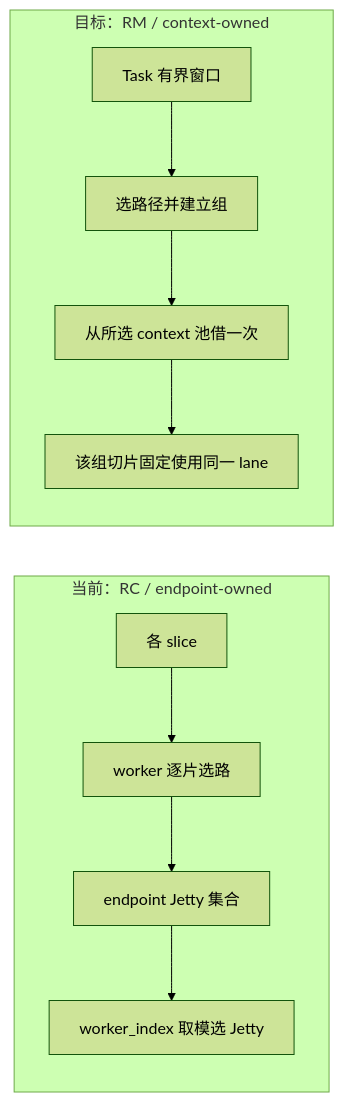
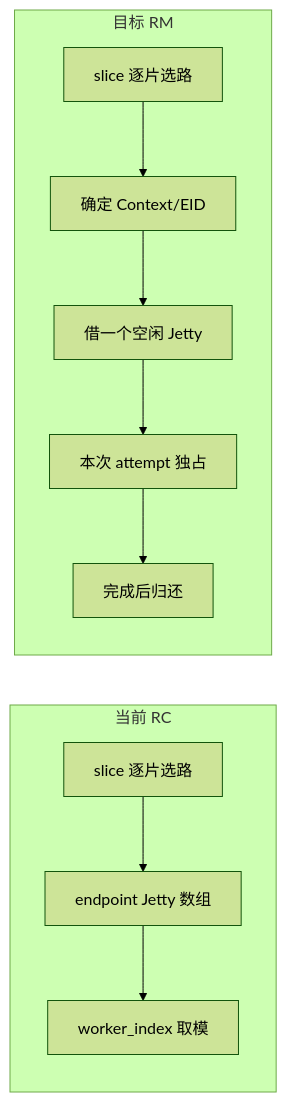
The second of 8 diagrams in docs/analyze/tent-ub-rm-jetty-pool-design.md (HangCong126/Supercache), drawn with Mermaid (forest theme) before and after one commit. The commit also changed other lines of this file, not shown here.

Commit message:
revise TENT RM jetty design for exclusive slice leases

````diff
--- a/docs/analyze/tent-ub-rm-jetty-pool-design.md
+++ b/docs/analyze/tent-ub-rm-jetty-pool-design.md
@@ -73,13 +71,13 @@
 ```mermaid
 flowchart LR
-    subgraph Before["当前：RC / endpoint-owned"]
-        S["各 slice"] --> W["worker 逐片选路"]
-        W --> E["endpoint Jetty 集合"]
-        E --> J["worker_index 取模选 Jetty"]
+    subgraph Current["当前 RC"]
+        S["slice 逐片选路"] --> E["endpoint Jetty 数组"]
+        E --> J["worker_index 取模"]
     end
-    subgraph After["目标：RM / context-owned"]
-        T["Task 有界窗口"] --> R["选路径并建立组"]
-        R --> P["从所选 context 池借一次"]
-        P --> L["该组切片固定使用同一 lane"]
+    subgraph Proposed["目标 RM"]
+        P["slice 逐片选路"] --> Context["确定 Context/EID"]
+        Context --> Pool["借一个空闲 Jetty"]
+        Pool --> Attempt["本次 attempt 独占"]
+        Attempt --> Back["完成后归还"]
     end
 ```
````
